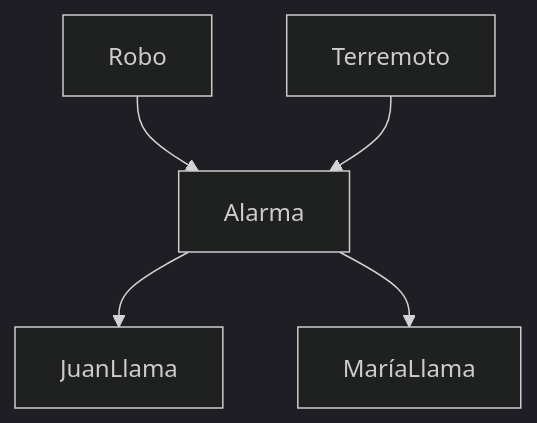
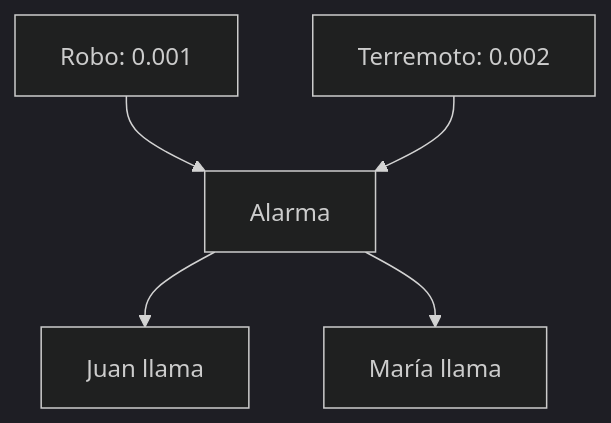
Before and after one commit to djaimej/computer-science-template: the diagram in public/documents/semester-6/2/6232.md, drawn with Mermaid (dark theme). The commit also changed other lines of this file and 3 other files, not shown here.

````diff
--- a/public/documents/semester-6/2/6232.md
+++ b/public/documents/semester-6/2/6232.md
@@ -130,7 +36,7 @@
 ```mermaid
-graph TD
-    R[Robo] --> A[Alarma]
-    T[Terremoto] --> A
-    A --> J[JuanLlama]
-    A --> M[MaríaLlama]
+flowchart TD
+    R["Robo: 0.001"] --> A["Alarma"]
+    T["Terremoto: 0.002"] --> A
+    A --> J["Juan llama"]
+    A --> M["María llama"]
 ```
````
